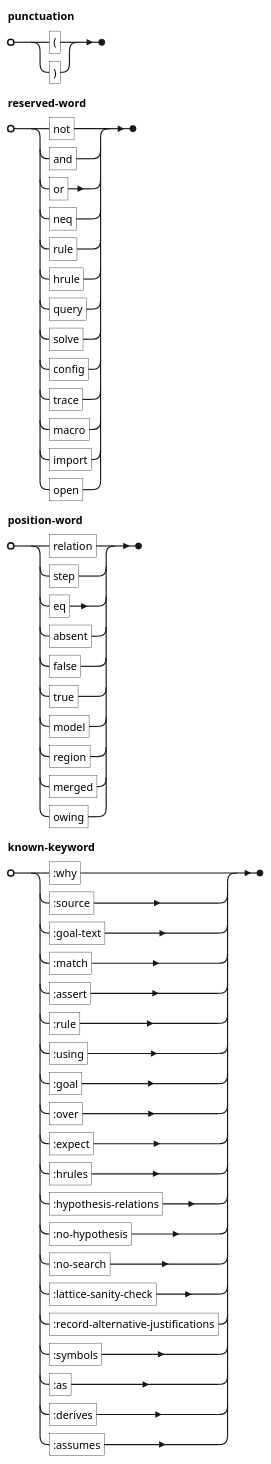
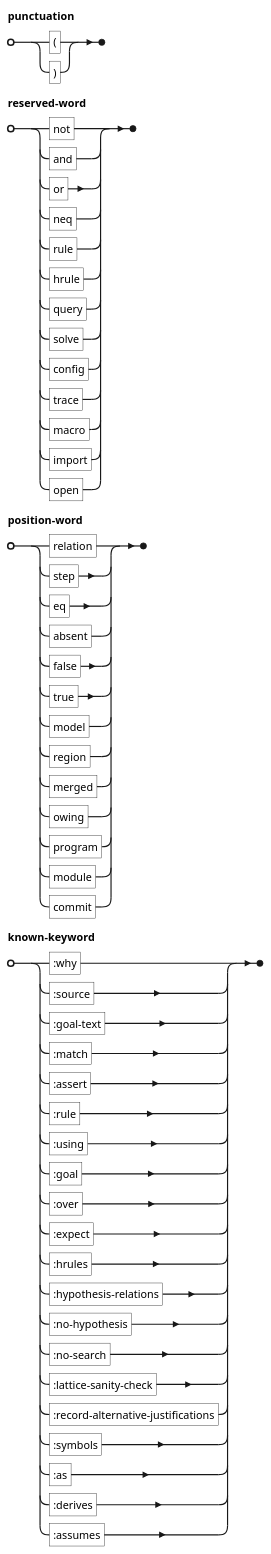
Before and after one commit to agutikov/ein: the diagram in docs/ein/user/04-reference/diagrams/01-grammar-lexical-own-text.puml, drawn with PlantUML. The commit also changed 116 other files, not shown here.

```diff
--- a/docs/ein/user/04-reference/diagrams/01-grammar-lexical-own-text.puml
+++ b/docs/ein/user/04-reference/diagrams/01-grammar-lexical-own-text.puml
@@ -1,14 +1,14 @@
 @startebnf
 punctuation = "(" | ")" ;
 reserved-word =
     "not" | "and" | "or" | "neq" | "rule" | "hrule" | "query" | "solve" | "config" | "trace"
   | "macro" | "import" | "open" ;
 position-word =
     "relation" | "step" | "eq" | "absent" | "false" | "true" | "model" | "region" | "merged"
-  | "owing" ;
+  | "owing" | "program" | "module" | "commit" ;
 known-keyword =
     ":why" | ":source" | ":goal-text" | ":match" | ":assert" | ":rule" | ":using" | ":goal"
   | ":over" | ":expect" | ":hrules" | ":hypothesis-relations" | ":no-hypothesis" | ":no-search"
   | ":lattice-sanity-check" | ":record-alternative-justifications" | ":symbols" | ":as" | ":derives"
   | ":assumes" ;
 @endebnf
```
